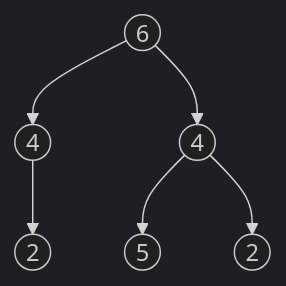
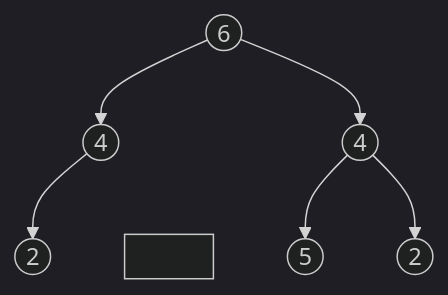
Before and after one commit to 3strategy/BeautifulMivney: the fourth of 12 diagrams in cst/6binnode/Ex6a5binnode.md, drawn with Mermaid (dark theme). The commit also changed other lines of this file, not shown here.

````diff
--- a/cst/6binnode/Ex6a5binnode.md
+++ b/cst/6binnode/Ex6a5binnode.md
@@ -61,8 +61,11 @@
 ```mermaid
 flowchart TB
   A((6)) --> B((4))
   A --> C((4))
   B --> D((2)):::leaf
+  B --- NB[ ]:::invisible
   C --> F((5)):::leaf
   C --> G((2)):::leaf
+  
+  linkStyle 3 stroke-opacity:0
 ```
````
